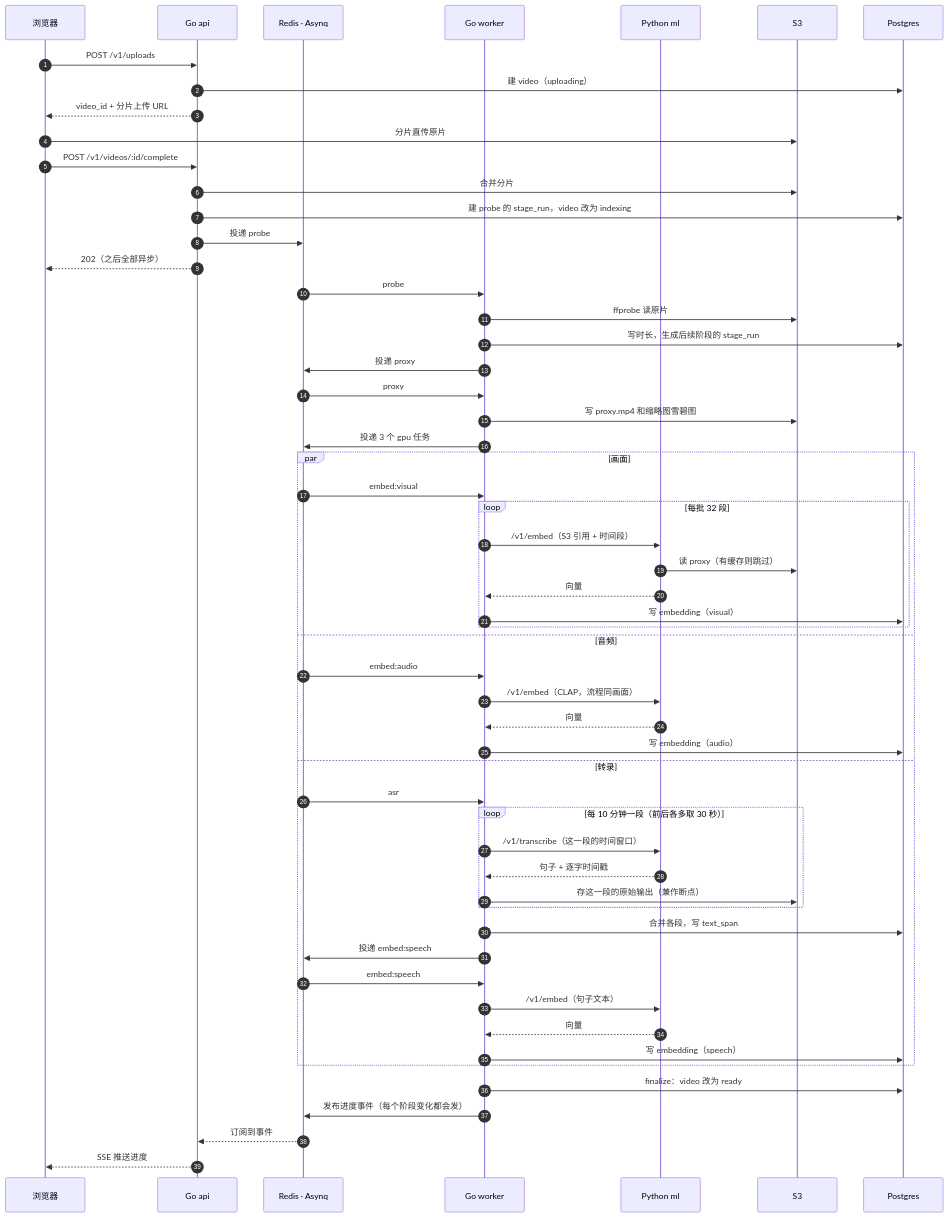
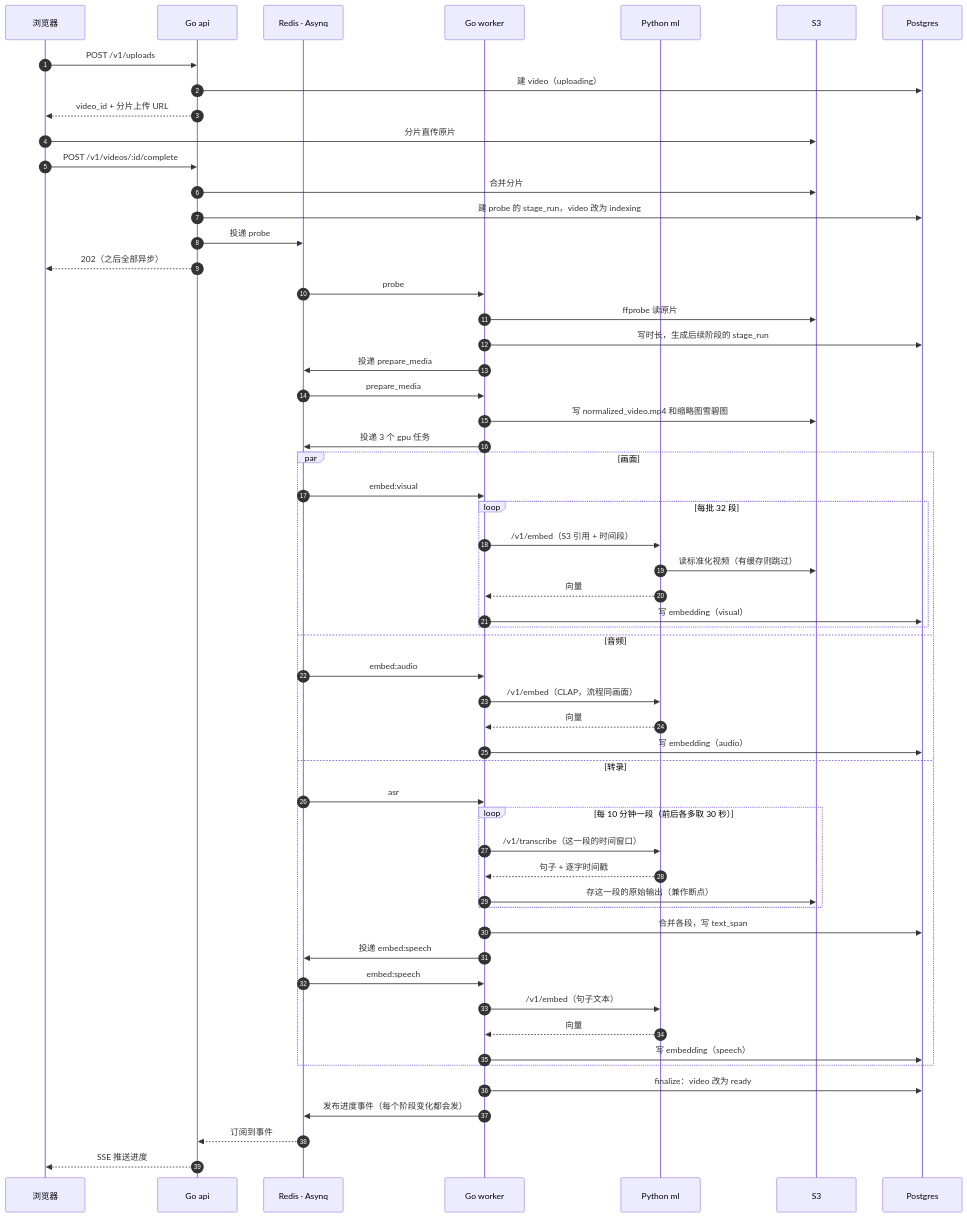
The fifth of 17 diagrams in docs/design.md (realOzine/videohelper), drawn with Mermaid before and after one commit. The commit also changed other lines of this file and 5 other files, not shown here.

````diff
--- a/docs/design.md
+++ b/docs/design.md
@@ -298,62 +299,62 @@
 ```mermaid
 sequenceDiagram
   autonumber
   participant B as 浏览器
   participant A as Go api
   participant R as Redis · Asynq
   participant W as Go worker
   participant P as Python ml
   participant S as S3
   participant G as Postgres
 
   B->>A: POST /v1/uploads
   A->>G: 建 video（uploading）
   A-->>B: video_id + 分片上传 URL
   B->>S: 分片直传原片
   B->>A: POST /v1/videos/:id/complete
   A->>S: 合并分片
   A->>G: 建 probe 的 stage_run，video 改为 indexing
   A->>R: 投递 probe
   A-->>B: 202（之后全部异步）
 
   R->>W: probe
   W->>S: ffprobe 读原片
   W->>G: 写时长，生成后续阶段的 stage_run
-  W->>R: 投递 proxy
-  R->>W: proxy
-  W->>S: 写 proxy.mp4 和缩略图雪碧图
+  W->>R: 投递 prepare_media
+  R->>W: prepare_media
+  W->>S: 写 normalized_video.mp4 和缩略图雪碧图
   W->>R: 投递 3 个 gpu 任务
 
   par 画面
     R->>W: embed:visual
     loop 每批 32 段
       W->>P: /v1/embed（S3 引用 + 时间段）
-      P->>S: 读 proxy（有缓存则跳过）
+      P->>S: 读标准化视频（有缓存则跳过）
       P-->>W: 向量
       W->>G: 写 embedding（visual）
     end
   and 音频
     R->>W: embed:audio
     W->>P: /v1/embed（CLAP，流程同画面）
     P-->>W: 向量
     W->>G: 写 embedding（audio）
   and 转录
     R->>W: asr
     loop 每 10 分钟一段（前后各多取 30 秒）
       W->>P: /v1/transcribe（这一段的时间窗口）
       P-->>W: 句子 + 逐字时间戳
       W->>S: 存这一段的原始输出（兼作断点）
     end
     W->>G: 合并各段，写 text_span
     W->>R: 投递 embed:speech
     R->>W: embed:speech
     W->>P: /v1/embed（句子文本）
     P-->>W: 向量
     W->>G: 写 embedding（speech）
   end
 
   W->>G: finalize：video 改为 ready
   W->>R: 发布进度事件（每个阶段变化都会发）
   R-->>A: 订阅到事件
   A-->>B: SSE 推送进度
 ```
````
